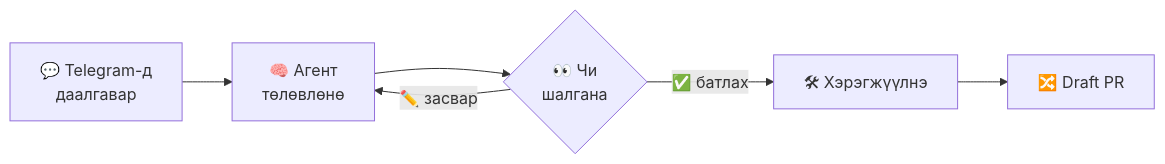
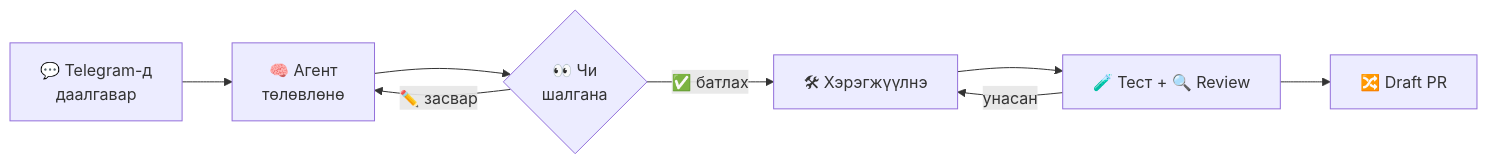
One commit to astvision/dispatch changed the first of 2 diagrams in README.md. Above: the diagram before and after it, drawn with Mermaid. The commit also changed other lines of this file and 1 other file, not shown here.

Commit message:
The READMEs cover the sandbox, the test-and-review loop, teleport, and the Linux Telegram Desktop Mini App fix; the English guide no longer says execution runs unsandboxed

````diff
--- a/README.md
+++ b/README.md
@@ -22,8 +22,10 @@
 ```mermaid
 flowchart LR
     A["💬 Telegram-д<br/>даалгавар"] --> B["🧠 Агент<br/>төлөвлөнө"]
     B --> C{"👀 Чи<br/>шалгана"}
     C -- "✏️ засвар" --> B
     C -- "✅ батлах" --> D["🛠 Хэрэгжүүлнэ"]
-    D --> E["🔀 Draft PR"]
+    D --> V["🧪 Тест + 🔍 Review"]
+    V -- "унасан" --> D
+    V --> E["🔀 Draft PR"]
 ```
````
